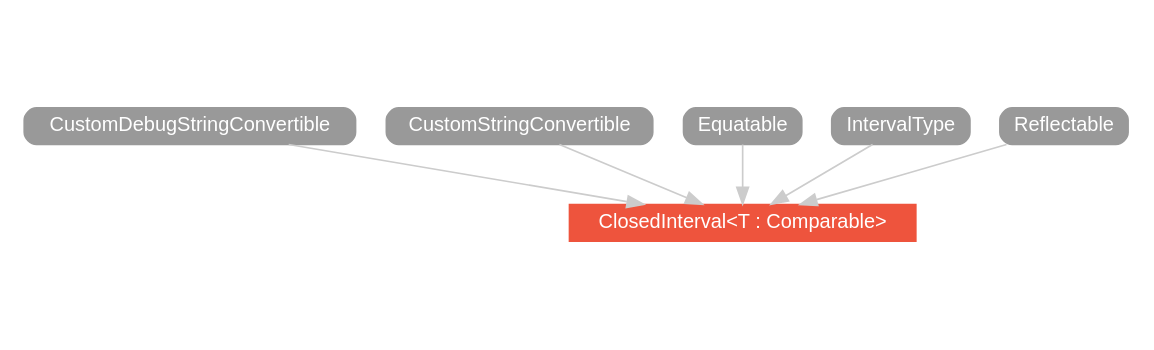
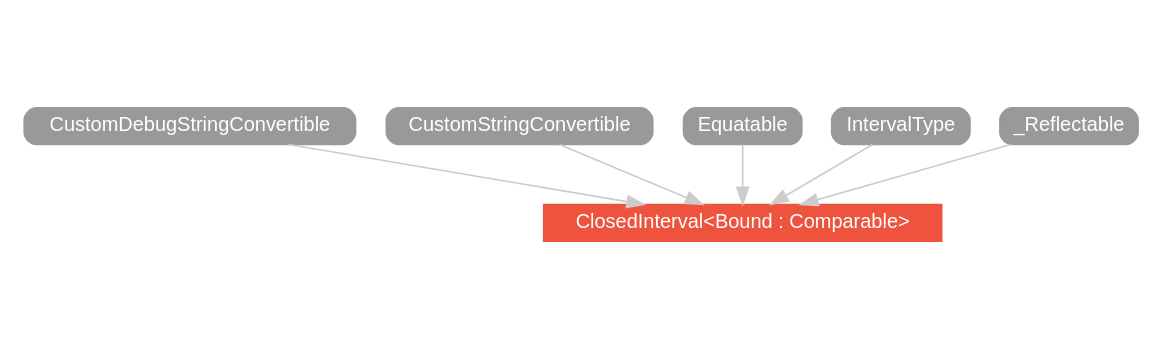
The diagram in swift-2/type/ClosedInterval/hierarchy/index.dot (SwiftDocOrg/swiftdoc.org), drawn with Graphviz before and after one commit. The commit also changed 541 other files, not shown here.

```diff
--- a/swift-2/type/ClosedInterval/hierarchy/index.dot
+++ b/swift-2/type/ClosedInterval/hierarchy/index.dot
@@ -1,18 +1,18 @@
-strict digraph "ClosedInterval<T : Comparable> - Type Hierarchy - SwiftDoc.org" {
+strict digraph "ClosedInterval<Bound : Comparable> - Type Hierarchy - SwiftDoc.org" {
     pad="0.1,0.8"
     node [shape=box, style="filled,rounded", color="#999999", fillcolor="#999999", fontcolor=white, fontname=Helvetica, fontnames="Helvetica,sansserif", fontsize=12, margin="0.07,0.05", height="0.3"]
     edge [color="#cccccc"]
-    "ClosedInterval<T : Comparable>" [URL="/type/ClosedInterval/", style="filled", fillcolor="#ee543d", color="#ee543d"]
+    "ClosedInterval<Bound : Comparable>" [URL="/type/ClosedInterval/", style="filled", fillcolor="#ee543d", color="#ee543d"]
     "CustomDebugStringConvertible" [URL="/protocol/CustomDebugStringConvertible/"]
     "CustomStringConvertible" [URL="/protocol/CustomStringConvertible/"]
     "Equatable" [URL="/protocol/Equatable/"]
     "IntervalType" [URL="/protocol/IntervalType/"]
-    "Reflectable" [URL="/protocol/Reflectable/"]    "IntervalType" -> "ClosedInterval<T : Comparable>"
-    "Equatable" -> "ClosedInterval<T : Comparable>"
-    "CustomStringConvertible" -> "ClosedInterval<T : Comparable>"
-    "CustomDebugStringConvertible" -> "ClosedInterval<T : Comparable>"
-    "Reflectable" -> "ClosedInterval<T : Comparable>"
+    "_Reflectable" [URL="/protocol/_Reflectable/"]    "IntervalType" -> "ClosedInterval<Bound : Comparable>"
+    "Equatable" -> "ClosedInterval<Bound : Comparable>"
+    "CustomStringConvertible" -> "ClosedInterval<Bound : Comparable>"
+    "CustomDebugStringConvertible" -> "ClosedInterval<Bound : Comparable>"
+    "_Reflectable" -> "ClosedInterval<Bound : Comparable>"
     subgraph Types {
-        rank = max; "ClosedInterval<T : Comparable>";
+        rank = max; "ClosedInterval<Bound : Comparable>";
     }
 }
```
